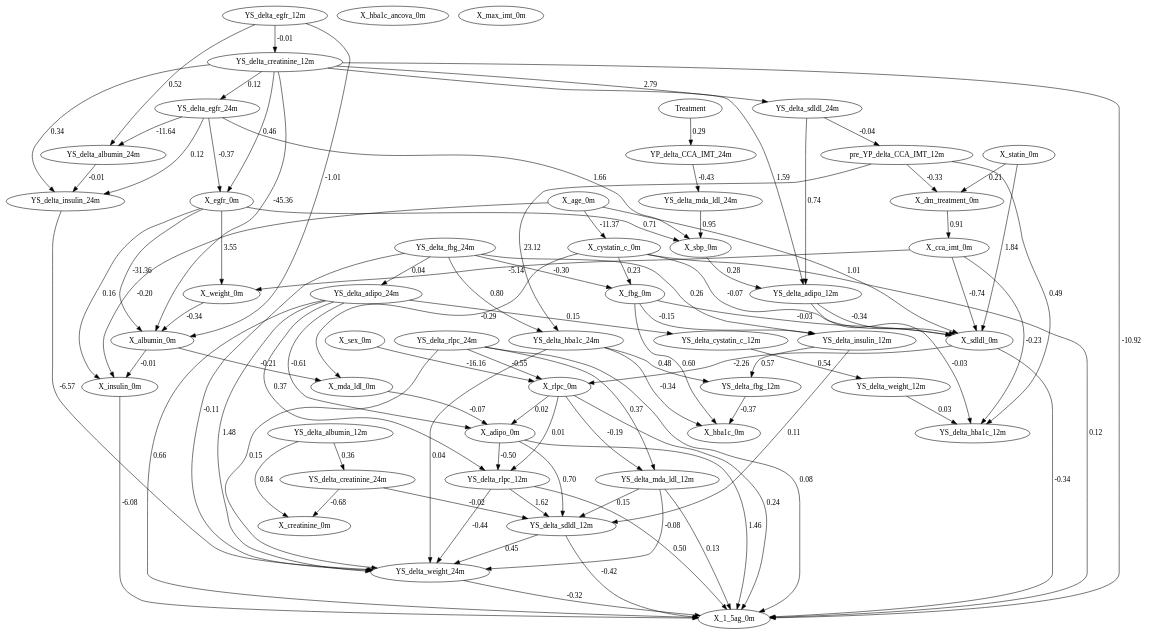
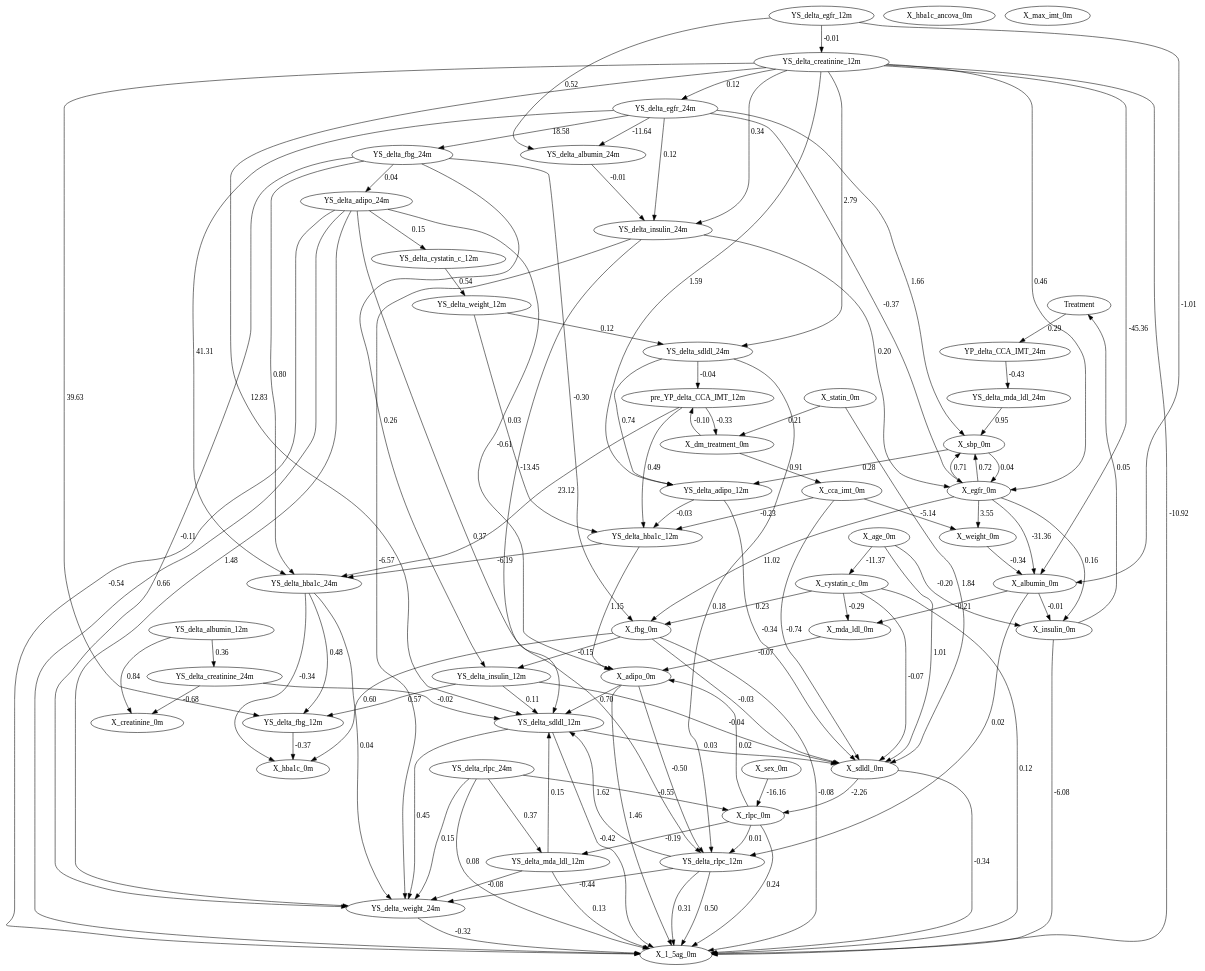
The diagram in trial6.csv_causal_graph.dot (EduardoBirchal/causal-discovery-clinical-trials), drawn with Graphviz before and after one commit. The commit also changed 4 other files, not shown here.

```diff
--- a/trial6.csv_causal_graph.dot
+++ b/trial6.csv_causal_graph.dot
@@ -46,16 +46,69 @@
 	X_hba1c_ancova_0m
 	X_sbp_0m
 	X_max_imt_0m
+	Treatment
+	YP_delta_CCA_IMT_24m
+	pre_YP_delta_CCA_IMT_12m
+	YS_delta_hba1c_12m
+	YS_delta_hba1c_24m
+	YS_delta_fbg_12m
+	YS_delta_fbg_24m
+	YS_delta_insulin_12m
+	YS_delta_insulin_24m
+	YS_delta_creatinine_12m
+	YS_delta_creatinine_24m
+	YS_delta_albumin_12m
+	YS_delta_albumin_24m
+	YS_delta_egfr_12m
+	YS_delta_egfr_24m
+	YS_delta_cystatin_c_12m
+	YS_delta_weight_12m
+	YS_delta_weight_24m
+	YS_delta_sdldl_12m
+	YS_delta_sdldl_24m
+	YS_delta_adipo_12m
+	YS_delta_adipo_24m
+	YS_delta_rlpc_12m
+	YS_delta_rlpc_24m
+	YS_delta_mda_ldl_12m
+	YS_delta_mda_ldl_24m
+	X_cca_imt_0m
+	X_hba1c_0m
+	X_fbg_0m
+	X_insulin_0m
+	X_creatinine_0m
+	X_albumin_0m
+	X_egfr_0m
+	X_cystatin_c_0m
+	X_weight_0m
+	X_1_5ag_0m
+	X_sdldl_0m
+	X_adipo_0m
+	X_rlpc_0m
+	X_mda_ldl_0m
+	X_age_0m
+	X_sex_0m
+	X_statin_0m
+	X_dm_treatment_0m
+	X_hba1c_ancova_0m
+	X_sbp_0m
+	X_max_imt_0m
+	X_insulin_0m -> Treatment [label=0.05]
 	Treatment -> YP_delta_CCA_IMT_24m [label=0.29]
 	YS_delta_sdldl_24m -> pre_YP_delta_CCA_IMT_12m [label=-0.04]
+	X_dm_treatment_0m -> pre_YP_delta_CCA_IMT_12m [label=-0.10]
 	pre_YP_delta_CCA_IMT_12m -> YS_delta_hba1c_12m [label=0.49]
 	YS_delta_weight_12m -> YS_delta_hba1c_12m [label=0.03]
 	YS_delta_adipo_12m -> YS_delta_hba1c_12m [label=-0.03]
 	X_cca_imt_0m -> YS_delta_hba1c_12m [label=-0.23]
 	pre_YP_delta_CCA_IMT_12m -> YS_delta_hba1c_24m [label=23.12]
 	YS_delta_fbg_24m -> YS_delta_hba1c_24m [label=0.80]
+	YS_delta_hba1c_12m -> YS_delta_hba1c_24m [label=-6.19]
+	YS_delta_egfr_24m -> YS_delta_hba1c_24m [label=41.31]
 	YS_delta_hba1c_24m -> YS_delta_fbg_12m [label=0.48]
 	YS_delta_insulin_12m -> YS_delta_fbg_12m [label=0.57]
+	YS_delta_creatinine_12m -> YS_delta_fbg_12m [label=39.63]
+	YS_delta_egfr_24m -> YS_delta_fbg_24m [label=18.58]
 	YS_delta_fbg_24m -> YS_delta_insulin_12m [label=0.26]
 	X_fbg_0m -> YS_delta_insulin_12m [label=-0.15]
 	YS_delta_creatinine_12m -> YS_delta_insulin_24m [label=0.34]
@@ -81,7 +134,10 @@
 	YS_delta_rlpc_12m -> YS_delta_sdldl_12m [label=1.62]
 	YS_delta_mda_ldl_12m -> YS_delta_sdldl_12m [label=0.15]
 	X_adipo_0m -> YS_delta_sdldl_12m [label=0.70]
+	YS_delta_insulin_24m -> YS_delta_sdldl_12m [label=-13.45]
+	YS_delta_creatinine_12m -> YS_delta_sdldl_12m [label=12.83]
 	YS_delta_creatinine_12m -> YS_delta_sdldl_24m [label=2.79]
+	YS_delta_weight_12m -> YS_delta_sdldl_24m [label=0.12]
 	YS_delta_creatinine_12m -> YS_delta_adipo_12m [label=1.59]
 	YS_delta_sdldl_24m -> YS_delta_adipo_12m [label=0.74]
 	X_sbp_0m -> YS_delta_adipo_12m [label=0.28]
@@ -89,6 +145,8 @@
 	YS_delta_adipo_24m -> YS_delta_rlpc_12m [label=0.37]
 	X_adipo_0m -> YS_delta_rlpc_12m [label=-0.50]
 	X_rlpc_0m -> YS_delta_rlpc_12m [label=0.01]
+	YS_delta_sdldl_24m -> YS_delta_rlpc_12m [label=0.18]
+	X_albumin_0m -> YS_delta_rlpc_12m [label=0.02]
 	YS_delta_rlpc_24m -> YS_delta_mda_ldl_12m [label=0.37]
 	X_rlpc_0m -> YS_delta_mda_ldl_12m [label=-0.19]
 	YP_delta_CCA_IMT_24m -> YS_delta_mda_ldl_24m [label=-0.43]
@@ -98,6 +156,7 @@
 	X_fbg_0m -> X_hba1c_0m [label=0.60]
 	YS_delta_fbg_24m -> X_fbg_0m [label=-0.30]
 	X_cystatin_c_0m -> X_fbg_0m [label=0.23]
+	X_egfr_0m -> X_fbg_0m [label=11.02]
 	X_albumin_0m -> X_insulin_0m [label=-0.01]
 	X_egfr_0m -> X_insulin_0m [label=0.16]
 	X_age_0m -> X_insulin_0m [label=-0.20]
@@ -109,6 +168,8 @@
 	X_weight_0m -> X_albumin_0m [label=-0.34]
 	YS_delta_creatinine_12m -> X_egfr_0m [label=0.46]
 	YS_delta_egfr_24m -> X_egfr_0m [label=-0.37]
+	YS_delta_insulin_24m -> X_egfr_0m [label=0.20]
+	X_sbp_0m -> X_egfr_0m [label=0.04]
 	X_age_0m -> X_cystatin_c_0m [label=-11.37]
 	X_cca_imt_0m -> X_weight_0m [label=-5.14]
 	X_egfr_0m -> X_weight_0m [label=3.55]
@@ -124,15 +185,21 @@
 	X_sdldl_0m -> X_1_5ag_0m [label=-0.34]
 	X_adipo_0m -> X_1_5ag_0m [label=1.46]
 	X_rlpc_0m -> X_1_5ag_0m [label=0.24]
+	YS_delta_adipo_24m -> X_1_5ag_0m [label=-0.54]
+	YS_delta_rlpc_12m -> X_1_5ag_0m [label=0.31]
+	X_fbg_0m -> X_1_5ag_0m [label=-0.08]
 	YS_delta_adipo_12m -> X_sdldl_0m [label=-0.34]
 	X_cca_imt_0m -> X_sdldl_0m [label=-0.74]
 	X_fbg_0m -> X_sdldl_0m [label=-0.03]
 	X_cystatin_c_0m -> X_sdldl_0m [label=-0.07]
 	X_age_0m -> X_sdldl_0m [label=1.01]
 	X_statin_0m -> X_sdldl_0m [label=1.84]
+	YS_delta_insulin_12m -> X_sdldl_0m [label=-0.04]
+	YS_delta_sdldl_12m -> X_sdldl_0m [label=0.03]
 	YS_delta_adipo_24m -> X_adipo_0m [label=-0.61]
 	X_rlpc_0m -> X_adipo_0m [label=0.02]
 	X_mda_ldl_0m -> X_adipo_0m [label=-0.07]
+	YS_delta_hba1c_12m -> X_adipo_0m [label=1.15]
 	YS_delta_rlpc_24m -> X_rlpc_0m [label=-0.55]
 	X_sdldl_0m -> X_rlpc_0m [label=-2.26]
 	X_sex_0m -> X_rlpc_0m [label=-16.16]
@@ -143,6 +210,7 @@
 	YS_delta_egfr_24m -> X_sbp_0m [label=1.66]
 	YS_delta_mda_ldl_24m -> X_sbp_0m [label=0.95]
 	X_egfr_0m -> X_sbp_0m [label=0.71]
+	X_egfr_0m -> X_sbp_0m [label=0.72]
 	{
 		rank=same
 	}
```
